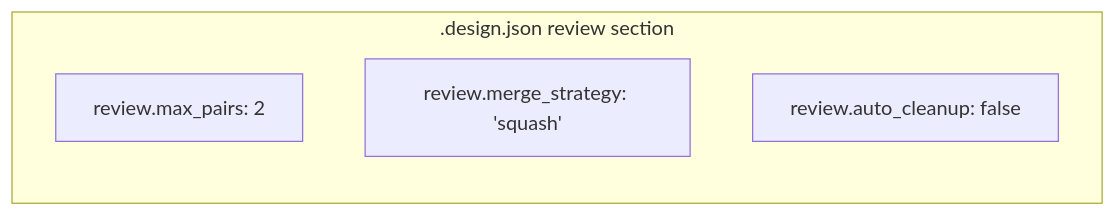
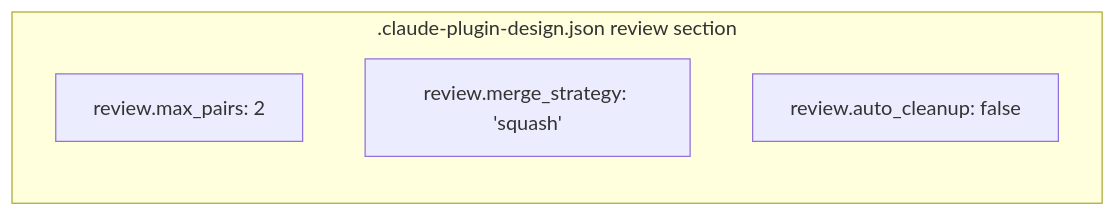
Before and after one commit to joestump/claude-plugin-design: the third of 3 diagrams in docs/openspec/specs/parallel-pr-review/design.md, drawn with Mermaid. The commit also changed other lines of this file and 24 other files, not shown here.

First line of the commit message:
Rename .design.json to .claude-plugin-design.json, add Configuration docs

````diff
--- a/docs/openspec/specs/parallel-pr-review/design.md
+++ b/docs/openspec/specs/parallel-pr-review/design.md
@@ -147,8 +147,8 @@
 ```mermaid
 flowchart LR
-    subgraph ".design.json review section"
+    subgraph ".claude-plugin-design.json review section"
         r1["review.max_pairs: 2"]
         r2["review.merge_strategy: 'squash'"]
         r3["review.auto_cleanup: false"]
     end
 ```
````
